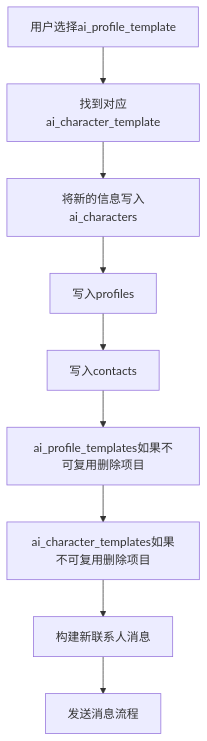
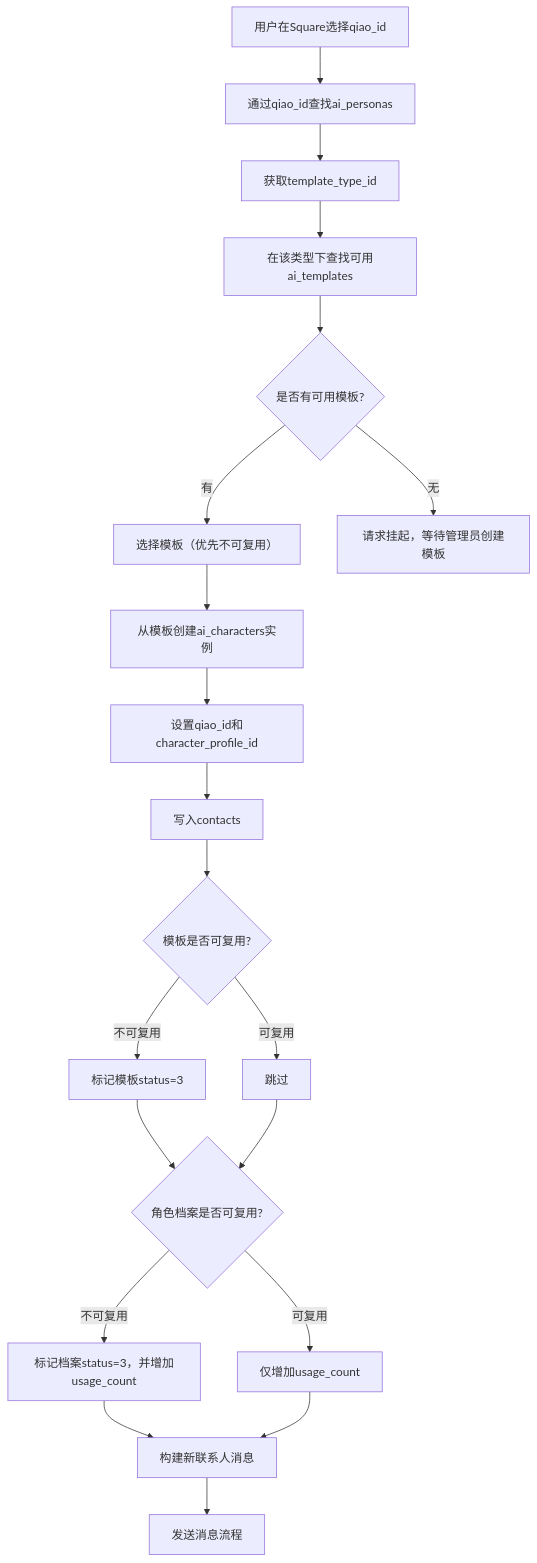
Before and after one commit to Monopink/ailo: the first of 2 diagrams in docs/prototype/ai-chat.md, drawn with Mermaid. The commit also changed other lines of this file and 15 other files, not shown here.

````diff
--- a/docs/prototype/ai-chat.md
+++ b/docs/prototype/ai-chat.md
@@ -5,11 +5,22 @@
 ```mermaid
 flowchart TB
-    n1["用户选择ai_profile_template"] --> n2["找到对应ai_character_template"]
-    n2 --> n3["将新的信息写入ai_characters"]
-    n3 --> n4["写入profiles"]
-    n4 --> n5["写入contacts"]
-    n5 --> n6["ai_profile_templates如果不可复用删除项目"]
-    n6 --> n7["ai_character_templates如果不可复用删除项目"]
-    n7 --> n8["构建新联系人消息"]
-    n8 --> n9["发送消息流程"]
+    n1["用户在Square选择qiao_id"] --> n2["通过qiao_id查找ai_personas"]
+    n2 --> n3["获取template_type_id"]
+    n3 --> n4["在该类型下查找可用ai_templates"]
+    n4 --> n5{"是否有可用模板?"}
+    n5 -->|有| n6["选择模板（优先不可复用）"]
+    n5 -->|无| n15["请求挂起，等待管理员创建模板"]
+    n6 --> n7["从模板创建ai_characters实例"]
+    n7 --> n8["设置qiao_id和character_profile_id"]
+    n8 --> n9["写入contacts"]
+    n9 --> n10{"模板是否可复用?"}
+    n10 -->|不可复用| n11["标记模板status=3"]
+    n10 -->|可复用| n12["跳过"]
+    n11 --> n13{"角色档案是否可复用?"}
+    n12 --> n13
+    n13 -->|不可复用| n14["标记档案status=3，并增加usage_count"]
+    n13 -->|可复用| n16["仅增加usage_count"]
+    n14 --> n17["构建新联系人消息"]
+    n16 --> n17
+    n17 --> n18["发送消息流程"]
 ```
````
